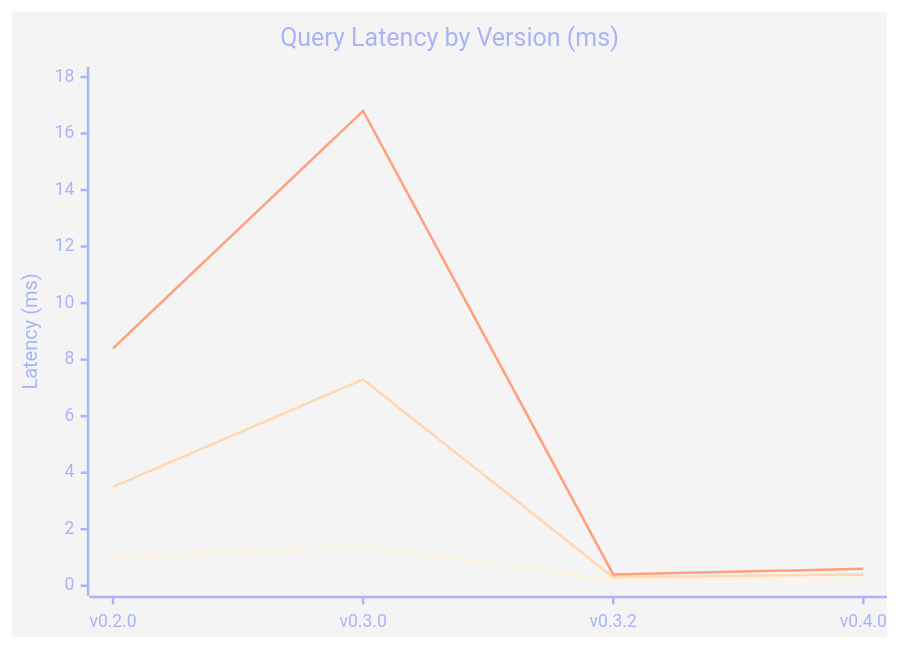
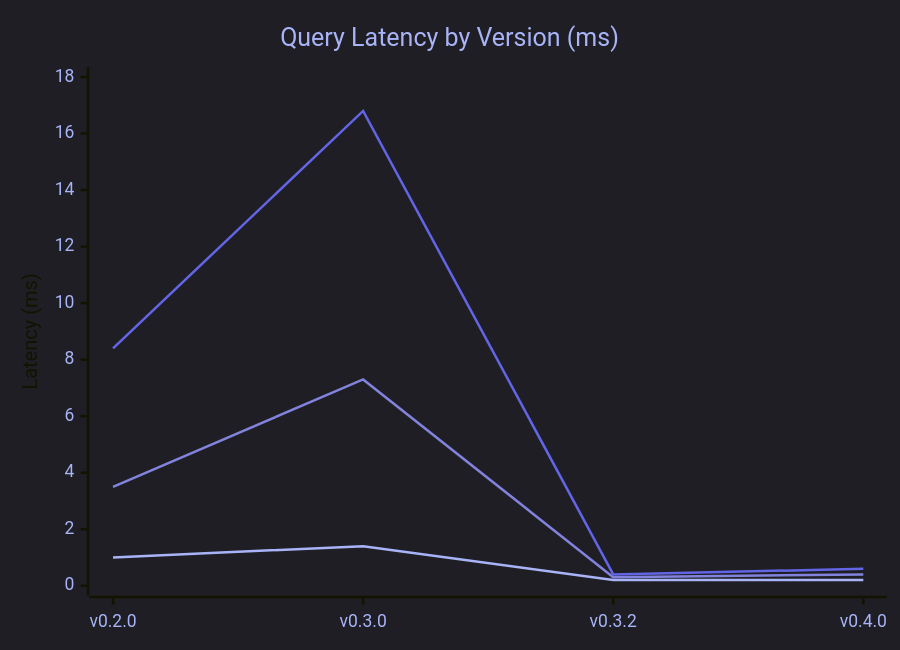
One commit to Oculusnoob/vesper-memory changed the first of 8 diagrams in benchmarks/charts.md. Above: the diagram before and after it, drawn with Mermaid. The commit also changed other lines of this file, not shown here.

First line of the commit message:
Fix Mermaid charts for dark mode compatibility

````diff
--- a/benchmarks/charts.md
+++ b/benchmarks/charts.md
@@ -9,10 +9,10 @@
 ```mermaid
-%%{init: {'theme':'base', 'themeVariables': { 'primaryColor':'#6365e7', 'primaryTextColor':'#a8b4f7', 'primaryBorderColor':'#8183dd', 'lineColor':'#6365e7', 'secondaryColor':'#8183dd', 'tertiaryColor':'#a8b4f7'}}}%%
+%%{init: {'theme':'dark', 'themeVariables': { 'xyChart': {'backgroundColor':'transparent', 'titleColor':'#a8b4f7', 'xAxisLabelColor':'#a8b4f7', 'yAxisLabelColor':'#a8b4f7', 'plotColorPalette':'#a8b4f7, #8183dd, #6365e7'}}}}%%
 xychart-beta
     title "Query Latency by Version (ms)"
     x-axis ["v0.2.0", "v0.3.0", "v0.3.2", "v0.4.0"]
     y-axis "Latency (ms)" 0 --> 18
     line "P50" [1.0, 1.4, 0.2, 0.2]
     line "P95" [3.5, 7.3, 0.3, 0.4]
     line "P99" [8.4, 16.8, 0.4, 0.6]
 ```
````
